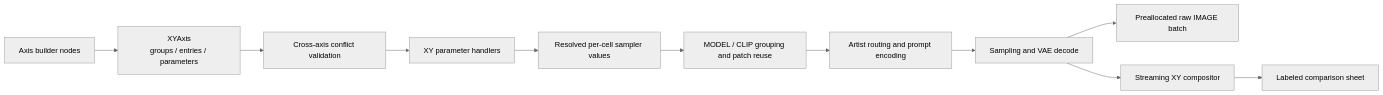
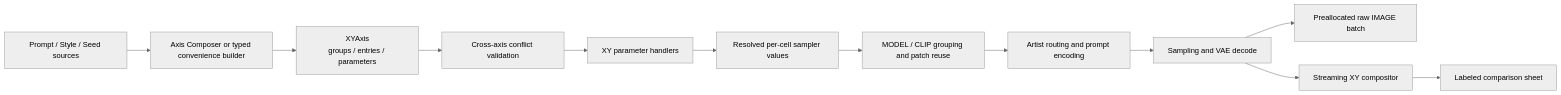
Before and after one commit to Mon-Landis/LoraTester: the diagram in DEVELOPMENT.md, drawn with Mermaid (neutral theme). The commit also changed other lines of this file and 13 other files, not shown here.

````diff
--- a/DEVELOPMENT.md
+++ b/DEVELOPMENT.md
@@ -18,13 +18,14 @@
 ```mermaid
 flowchart LR
-  A["Axis builder nodes"] --> B["XYAxis<br/>groups / entries / parameters"]
-  B --> C["Cross-axis conflict validation"]
-  C --> D["XY parameter handlers"]
-  D --> E["Resolved per-cell sampler values"]
-  E --> F["MODEL / CLIP grouping and patch reuse"]
-  F --> G["Artist routing and prompt encoding"]
-  G --> H["Sampling and VAE decode"]
-  H --> I["Preallocated raw IMAGE batch"]
-  H --> J["Streaming XY compositor"]
-  J --> K["Labeled comparison sheet"]
+  A["Prompt / Style / Seed sources"] --> B["Axis Composer or typed convenience builder"]
+  B --> C["XYAxis<br/>groups / entries / parameters"]
+  C --> D["Cross-axis conflict validation"]
+  D --> E["XY parameter handlers"]
+  E --> F["Resolved per-cell sampler values"]
+  F --> G["MODEL / CLIP grouping and patch reuse"]
+  G --> H["Artist routing and prompt encoding"]
+  H --> I["Sampling and VAE decode"]
+  I --> J["Preallocated raw IMAGE batch"]
+  I --> K["Streaming XY compositor"]
+  K --> L["Labeled comparison sheet"]
 ```
````
